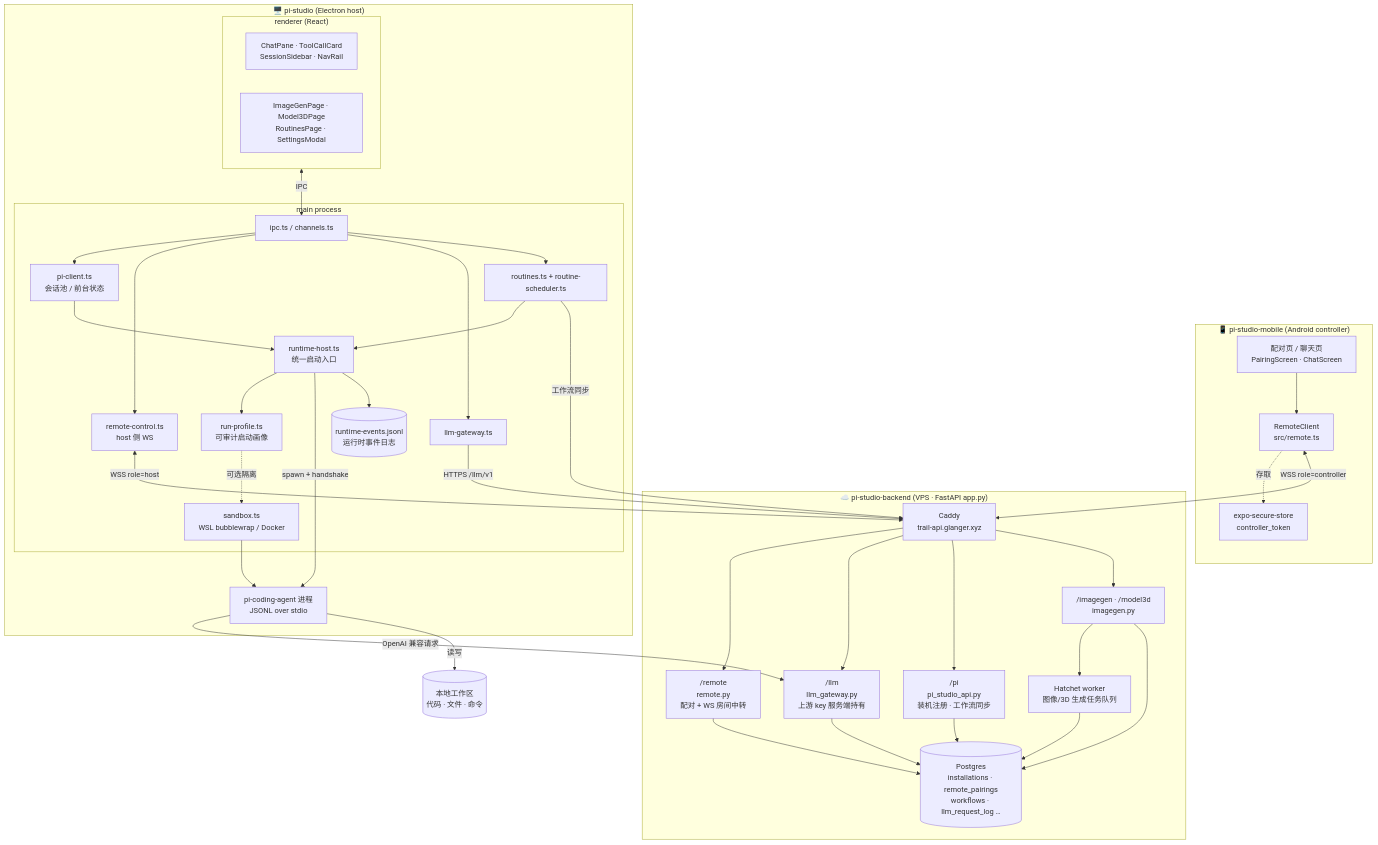
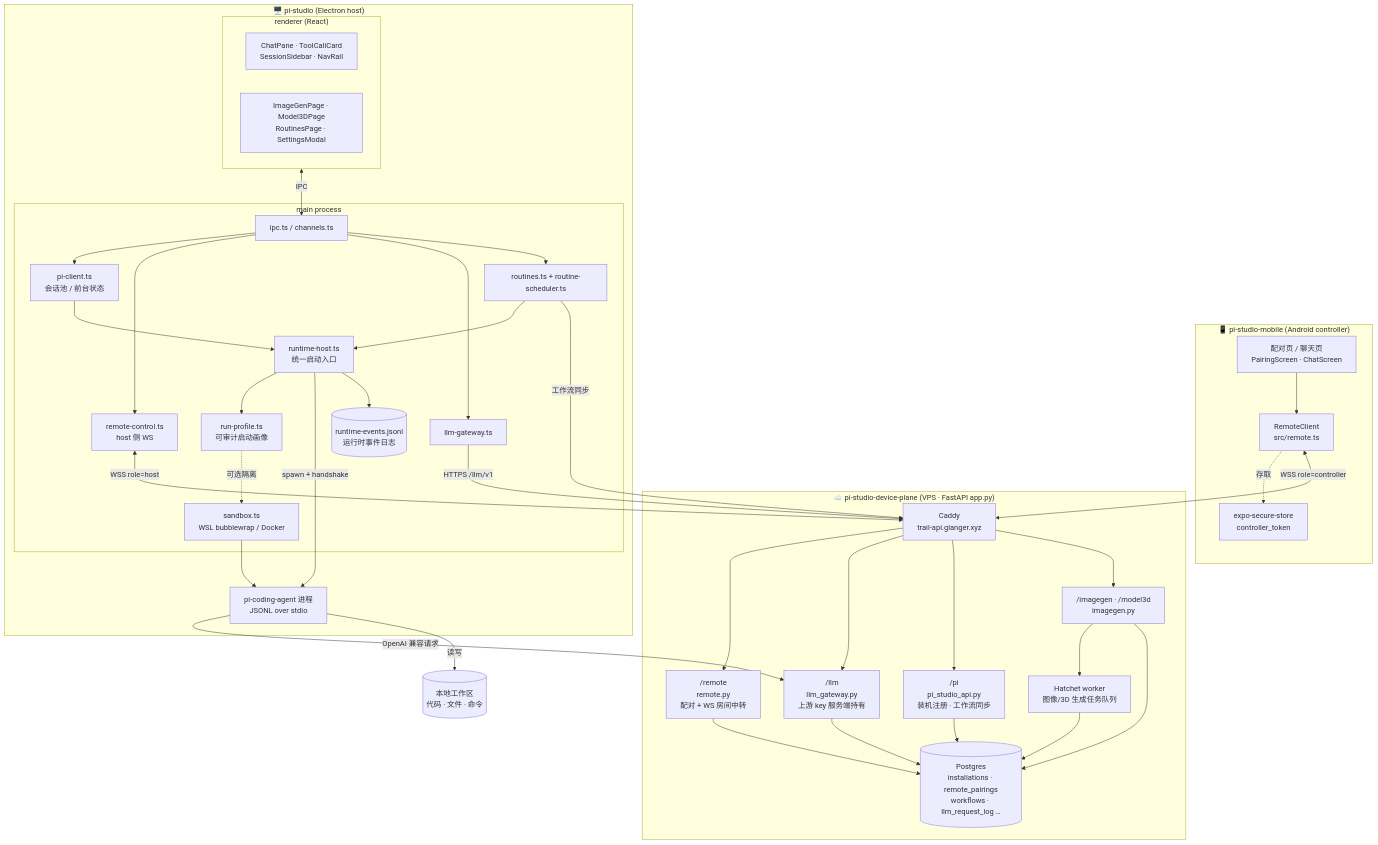
The first of 3 diagrams in docs/architecture.md (GreenBeanLiu/pi-studio), drawn with Mermaid before and after one commit. The commit also changed other lines of this file and 19 other files, not shown here.

````diff
--- a/docs/architecture.md
+++ b/docs/architecture.md
@@ -15,58 +15,58 @@
 ```mermaid
 graph TB
     subgraph phone["📱 pi-studio-mobile (Android controller)"]
         MUI["配对页 / 聊天页<br/>PairingScreen · ChatScreen"]
         MRC["RemoteClient<br/>src/remote.ts"]
         MSS["expo-secure-store<br/>controller_token"]
         MUI --> MRC
         MRC -.存取.-> MSS
     end
 
-    subgraph cloud["☁️ pi-studio-backend (VPS · FastAPI app.py)"]
+    subgraph cloud["☁️ pi-studio-device-plane (VPS · FastAPI app.py)"]
         CADDY["Caddy<br/>trail-api.glanger.xyz"]
         RELAY["/remote<br/>remote.py<br/>配对 + WS 房间中转"]
         LLM["/llm<br/>llm_gateway.py<br/>上游 key 服务端持有"]
         PIAPI["/pi<br/>pi_studio_api.py<br/>装机注册 · 工作流同步"]
         IMG["/imagegen · /model3d<br/>imagegen.py"]
         HW["Hatchet worker<br/>图像/3D 生成任务队列"]
         PG[("Postgres<br/>installations · remote_pairings<br/>workflows · llm_request_log …")]
         CADDY --> RELAY & LLM & PIAPI & IMG
         IMG --> HW
         RELAY & LLM & PIAPI & IMG --> PG
         HW --> PG
     end
 
     subgraph desktop["🖥️ pi-studio (Electron host)"]
         subgraph rend["renderer (React)"]
             CP["ChatPane · ToolCallCard<br/>SessionSidebar · NavRail"]
             OTHER["ImageGenPage · Model3DPage<br/>RoutinesPage · SettingsModal"]
         end
         subgraph main["main process"]
             IPC["ipc.ts / channels.ts"]
             PC["pi-client.ts<br/>会话池 / 前台状态"]
             RH["runtime-host.ts<br/>统一启动入口"]
             PROF["run-profile.ts<br/>可审计启动画像"]
             EVLOG[("runtime-events.jsonl<br/>运行时事件日志")]
             RC["remote-control.ts<br/>host 侧 WS"]
             LG["llm-gateway.ts"]
             RT["routines.ts + routine-scheduler.ts"]
             SB["sandbox.ts<br/>WSL bubblewrap / Docker"]
         end
         AGENT["pi-coding-agent 进程<br/>JSONL over stdio"]
         rend <-->|IPC| IPC
         IPC --> PC & RC & LG & RT
         PC & RT --> RH
         RH --> PROF
         RH -->|spawn + handshake| AGENT
         RH --> EVLOG
         PROF -.可选隔离.-> SB
         SB --> AGENT
     end
 
     MRC <-->|"WSS role=controller"| CADDY
     RC <-->|"WSS role=host"| CADDY
     LG -->|"HTTPS /llm/v1"| CADDY
     RT -->|工作流同步| CADDY
     AGENT -->|"OpenAI 兼容请求"| LLM
     AGENT -->|读写| FS[("本地工作区<br/>代码 · 文件 · 命令")]
 ```
````
